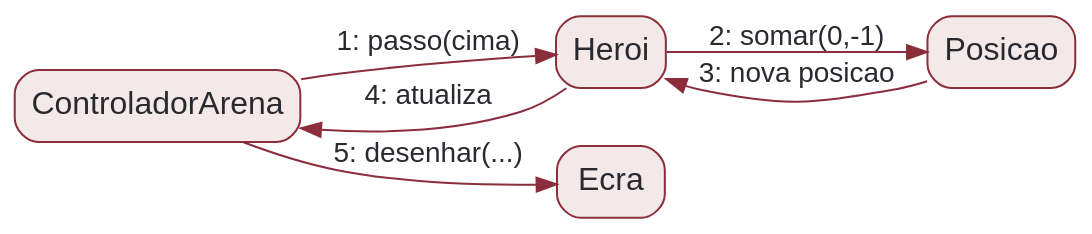
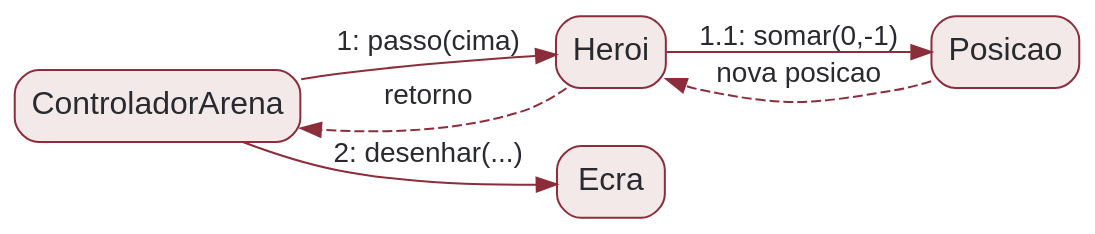
One commit to rodrgds/resumos changed the diagram in src/content/ldts/comunicacao.dot. Above: the diagram before and after it, drawn with Graphviz. The commit also changed 5 other files, not shown here.

Commit message:
Correct relationships in LDTS helper diagrams

```diff
--- a/src/content/ldts/comunicacao.dot
+++ b/src/content/ldts/comunicacao.dot
@@ -1,10 +1,10 @@
 digraph Comunicacao {
   graph [bgcolor="transparent", rankdir=LR, pad=0.3];
   node [shape=box, style="filled,rounded", fillcolor="#f3e9e9", color="#8c2d3b", fontcolor="#292a30", fontname="Arial", fontsize=16];
   edge [color="#8c2d3b", fontcolor="#292a30", fontname="Arial", fontsize=14];
   ControladorArena -> Heroi [label="1: passo(cima)"];
-  Heroi -> Posicao [label="2: somar(0,-1)"];
-  Posicao -> Heroi [label="3: nova posicao"];
-  Heroi -> ControladorArena [label="4: atualiza"];
-  ControladorArena -> Ecra [label="5: desenhar(...)"];
+  Heroi -> Posicao [label="1.1: somar(0,-1)"];
+  Posicao -> Heroi [label="nova posicao", style=dashed];
+  Heroi -> ControladorArena [label="retorno", style=dashed];
+  ControladorArena -> Ecra [label="2: desenhar(...)"];
 }
```
